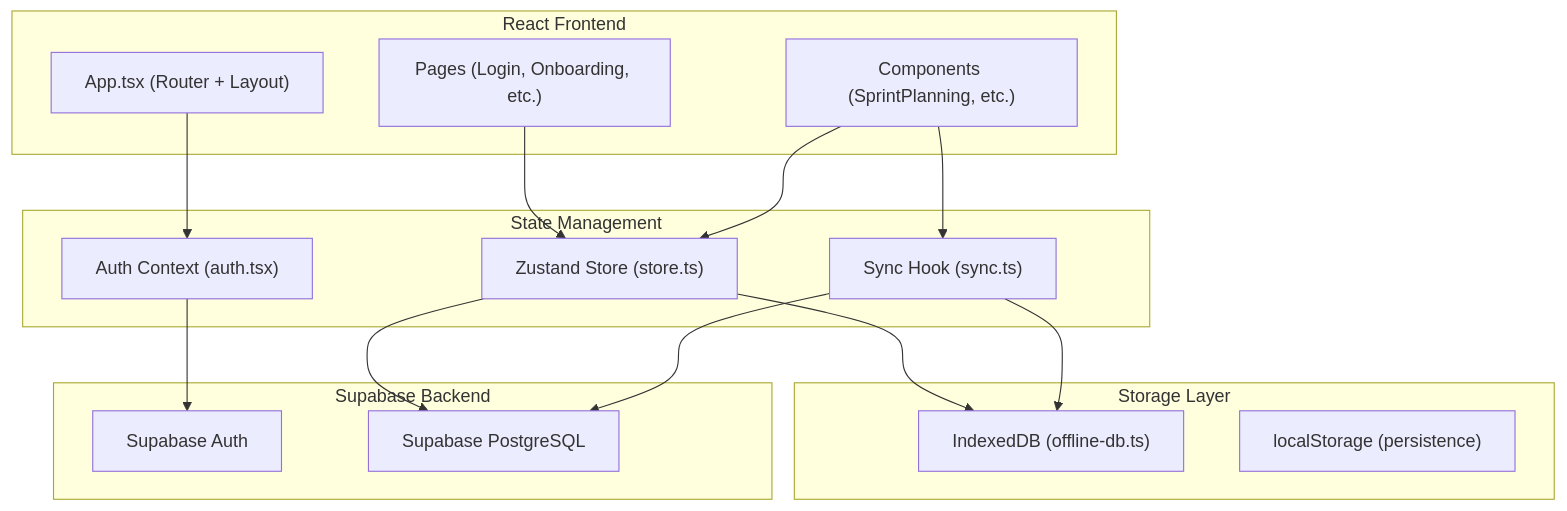
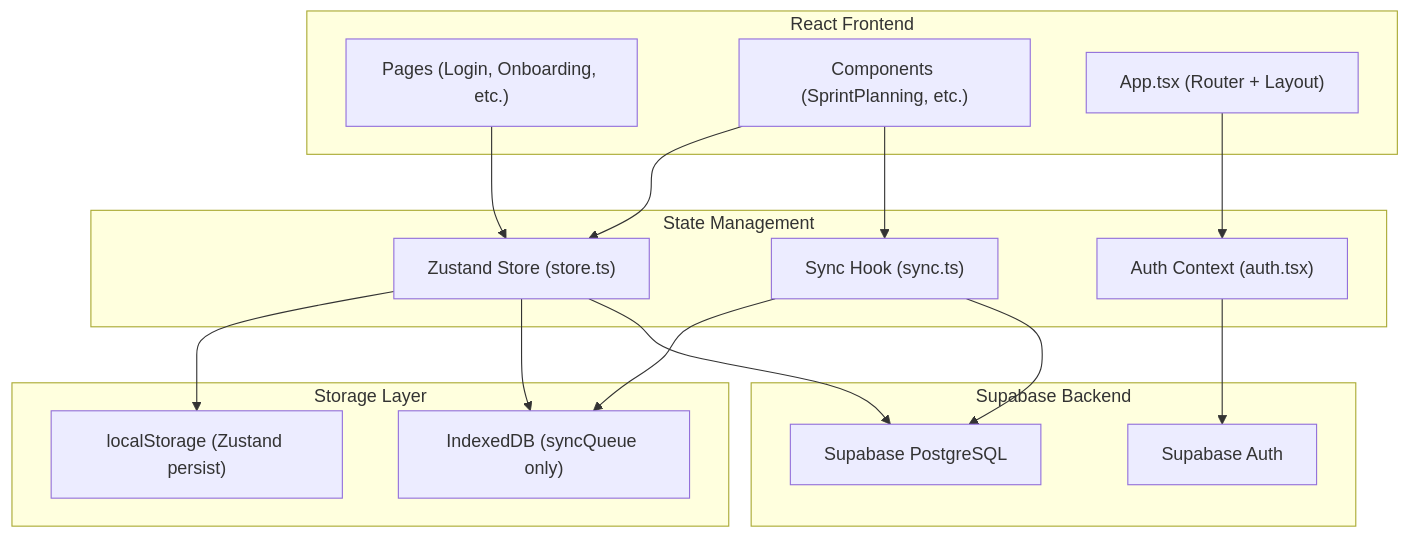
One commit to abigailfussell-afk/falconforge changed the first of 2 diagrams in .agent/skills/architecture/SKILL.md. Above: the diagram before and after it, drawn with Mermaid. The commit also changed other lines of this file and 211 other files, not shown here.

````diff
--- a/.agent/skills/architecture/SKILL.md
+++ b/.agent/skills/architecture/SKILL.md
@@ -12,34 +12,35 @@
 ```mermaid
 flowchart TB
     subgraph Frontend["React Frontend"]
         Pages["Pages (Login, Onboarding, etc.)"]
         Components["Components (SprintPlanning, etc.)"]
         App["App.tsx (Router + Layout)"]
     end
     
     subgraph State["State Management"]
         Store["Zustand Store (store.ts)"]
         Auth["Auth Context (auth.tsx)"]
         Sync["Sync Hook (sync.ts)"]
     end
     
     subgraph Storage["Storage Layer"]
-        IndexedDB["IndexedDB (offline-db.ts)"]
-        LocalStorage["localStorage (persistence)"]
+        IndexedDB["IndexedDB (syncQueue only)"]
+        LocalStorage["localStorage (Zustand persist)"]
     end
     
     subgraph Backend["Supabase Backend"]
         SupabaseAuth["Supabase Auth"]
         SupabaseDB["Supabase PostgreSQL"]
     end
     
     Pages --> Store
     Components --> Store
     Components --> Sync
     App --> Auth
+    Store --> LocalStorage
     Store --> IndexedDB
     Store --> SupabaseDB
     Auth --> SupabaseAuth
     Sync --> IndexedDB
     Sync --> SupabaseDB
 ```
````
